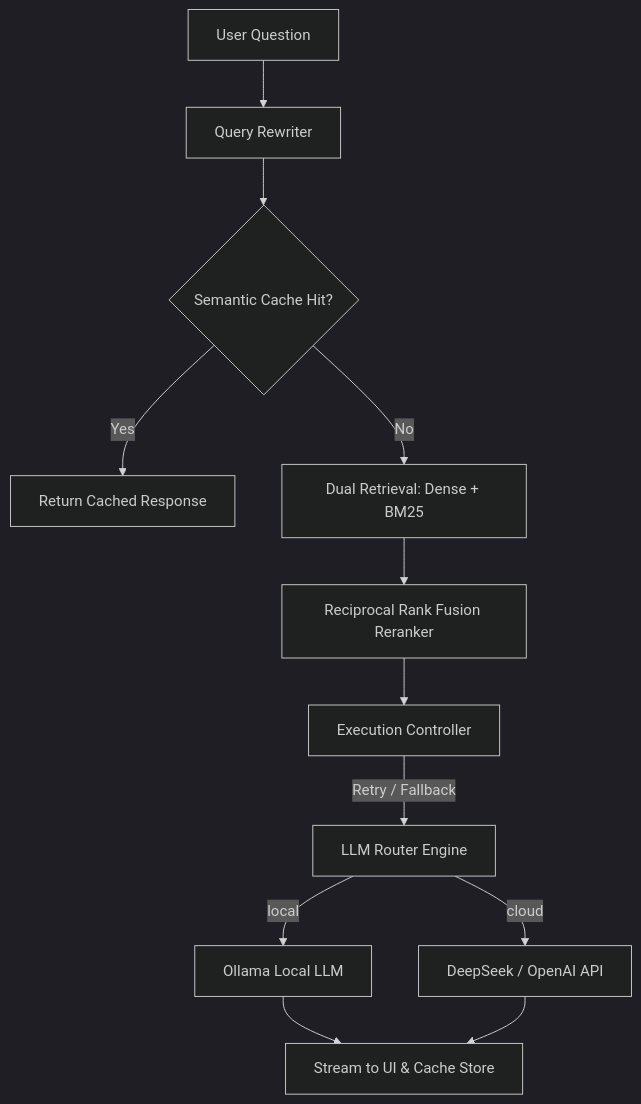
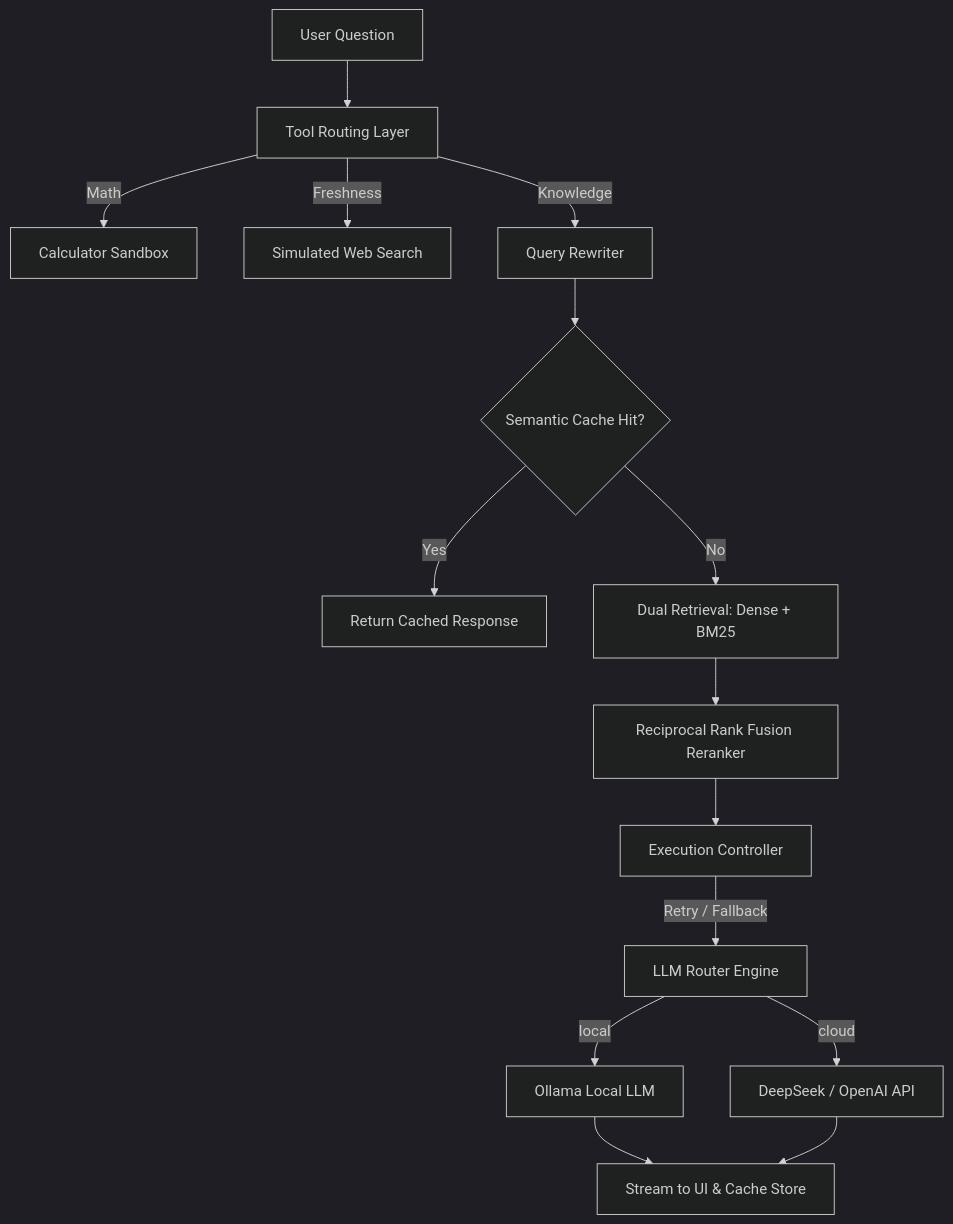
One commit to Hao610/AI-Model-Atlas changed the diagram in projects/rag-app/README.md. Above: the diagram before and after it, drawn with Mermaid (dark theme). The commit also changed other lines of this file and 1 other file, not shown here.

Commit message:
docs(rag-app): update README to reflect Stage A tool routing and Stage B evaluation features

````diff
--- a/projects/rag-app/README.md
+++ b/projects/rag-app/README.md
@@ -13,18 +13,22 @@
 ```mermaid
 flowchart TD
-    UserQuery[User Question] --> QueryRewriter[Query Rewriter]
+    UserQuery[User Question] --> ToolRouter[Tool Routing Layer]
+    ToolRouter -->|Math| CalculatorTool[Calculator Sandbox]
+    ToolRouter -->|Freshness| WebTool[Simulated Web Search]
+    ToolRouter -->|Knowledge| QueryRewriter[Query Rewriter]
+    
     QueryRewriter --> SemanticCacheCheck{Semantic Cache Hit?}
     
     SemanticCacheCheck -->|Yes| InstantReturn[Return Cached Response]
     SemanticCacheCheck -->|No| VectorSearch[Dual Retrieval: Dense + BM25]
     
     VectorSearch --> Reranker[Reciprocal Rank Fusion Reranker]
     Reranker --> ExecutionController[Execution Controller]
     
     ExecutionController -->|Retry / Fallback| LLMRouter[LLM Router Engine]
     LLMRouter -->|local| Ollama[Ollama Local LLM]
     LLMRouter -->|cloud| CloudAPI[DeepSeek / OpenAI API]
     
     Ollama --> StreamOutput[Stream to UI & Cache Store]
     CloudAPI --> StreamOutput
 ```
````
